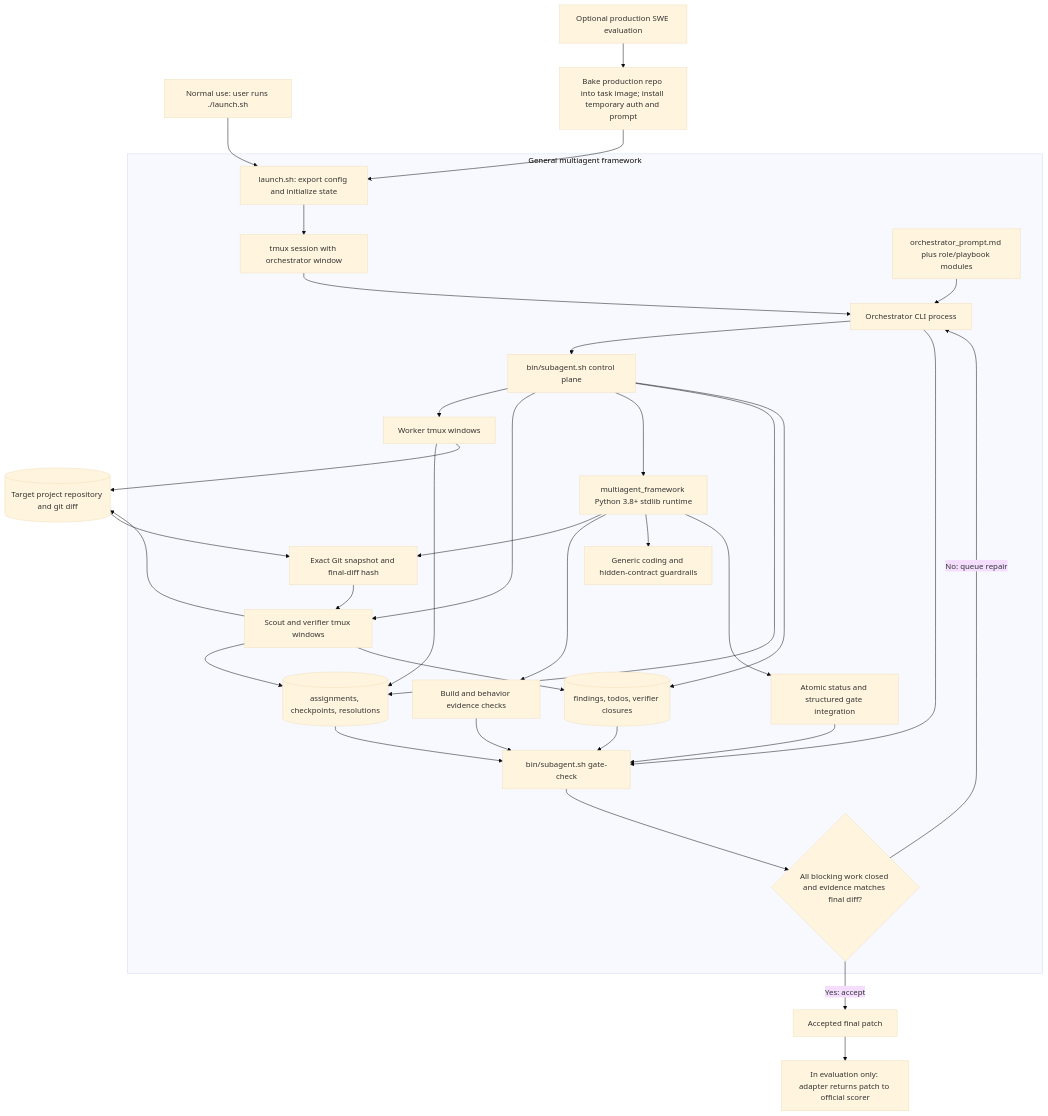
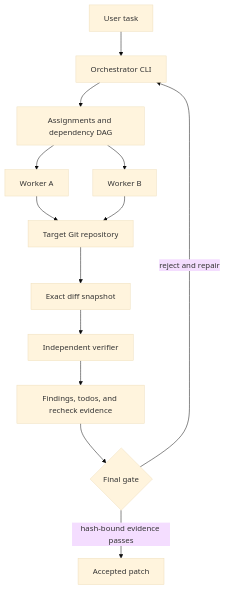
Before and after one commit to areshand/multiagent: the diagram in README.md, drawn with Mermaid (base theme). The commit also changed other lines of this file and 49 other files, not shown here.

````diff
--- a/README.md
+++ b/README.md
@@ -88,42 +41,15 @@
 ```mermaid
 flowchart TD
-    User["Normal use: user runs ./launch.sh"] --> Launch
-    Eval["Optional production SWE evaluation"] --> Adapter["Bake production repo into task image; install temporary auth and prompt"]
-    Adapter --> Launch
-
-    subgraph Framework["General multiagent framework"]
-        Launch["launch.sh: export config and initialize state"] --> Tmux["tmux session with orchestrator window"]
-        Prompts["orchestrator_prompt.md plus role/playbook modules"] --> Orchestrator["Orchestrator CLI process"]
-        Tmux --> Orchestrator
-        Orchestrator --> Helper["bin/subagent.sh control plane"]
-
-        Helper --> Worker["Worker tmux windows"]
-        Helper --> Verifier["Scout and verifier tmux windows"]
-        Helper --> Runtime["multiagent_framework Python 3.8+ stdlib runtime"]
-        Runtime --> Snapshot["Exact Git snapshot and final-diff hash"]
-        Runtime --> Evidence["Build and behavior evidence checks"]
-        Runtime --> Guardrails["Generic coding and hidden-contract guardrails"]
-        Runtime --> Status["Atomic status and structured gate integration"]
-
-        Worker --> Durable[("assignments, checkpoints, resolutions")]
-        Verifier --> Durable
-        Verifier --> Findings[("findings, todos, verifier closures")]
-        Helper --> Durable
-        Helper --> Findings
-        Snapshot --> Verifier
-
-        Orchestrator --> Gate["bin/subagent.sh gate-check"]
-        Durable --> Gate
-        Findings --> Gate
-        Evidence --> Gate
-        Status --> Gate
-        Gate --> Decision{"All blocking work closed and evidence matches final diff?"}
-        Decision -- "No: queue repair" --> Orchestrator
-    end
-
-    Worker --> Repo[("Target project repository and git diff")]
-    Verifier --> Repo
-    Repo --> Snapshot
-    Decision -- "Yes: accept" --> Result["Accepted final patch"]
-    Result --> AdapterResult["In evaluation only: adapter returns patch to official scorer"]
+    User["User task"] --> Orchestrator["Orchestrator CLI"]
+    Orchestrator --> DAG["Assignments and dependency DAG"]
+    DAG --> WorkerA["Worker A"]
+    DAG --> WorkerB["Worker B"]
+    WorkerA --> Repo["Target Git repository"]
+    WorkerB --> Repo
+    Repo --> Snapshot["Exact diff snapshot"]
+    Snapshot --> Verifier["Independent verifier"]
+    Verifier --> Findings["Findings, todos, and recheck evidence"]
+    Findings --> Gate{"Final gate"}
+    Gate -- "reject and repair" --> Orchestrator
+    Gate -- "hash-bound evidence passes" --> Result["Accepted patch"]
 ```
````
